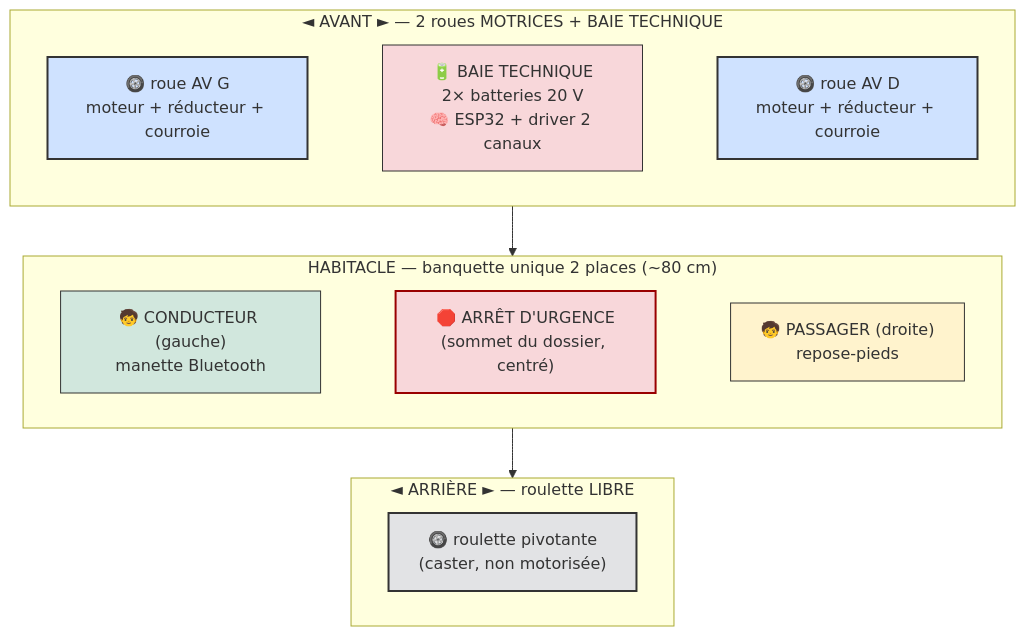
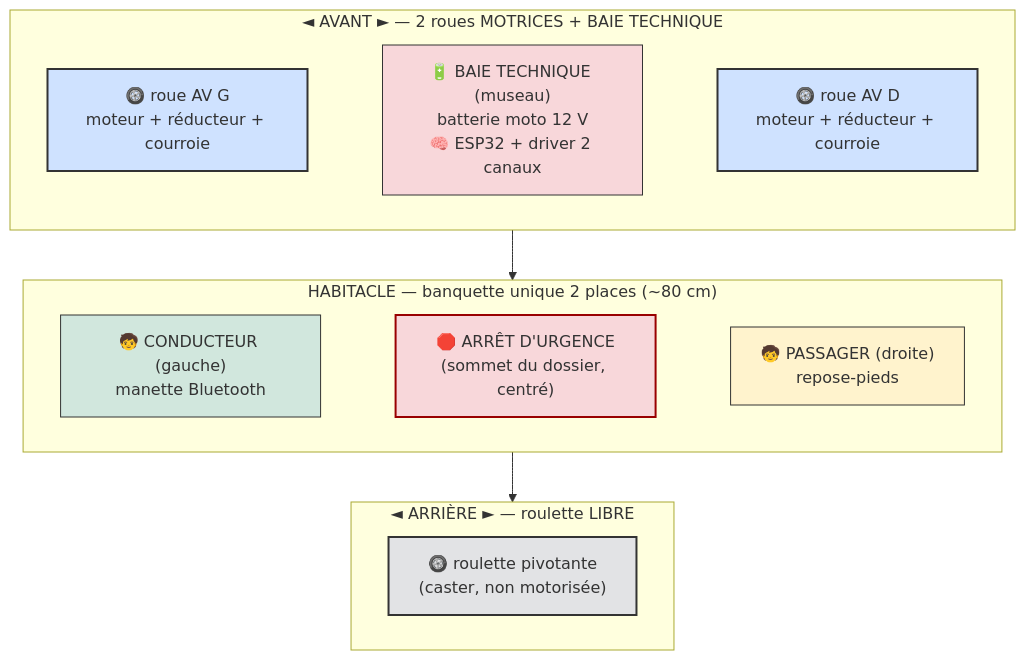
One commit to pinkymaxou/powered-soapbox-car changed the first of 10 diagrams in README.md. Above: the diagram before and after it, drawn with Mermaid. The commit also changed other lines of this file and 4 other files, not shown here.

First line of the commit message:
Essieu avant reculé (braquage court) + batterie moto 12 V dans le museau

````diff
--- a/README.md
+++ b/README.md
@@ -31,35 +31,35 @@
 ```mermaid
 flowchart TB
     subgraph AV["◄ AVANT ► — 2 roues MOTRICES + BAIE TECHNIQUE"]
         direction LR
         AVG["🛞 roue AV G<br/>moteur + réducteur + courroie"]
-        BAY["🔋 BAIE TECHNIQUE<br/>2× batteries 20 V<br/>🧠 ESP32 + driver 2 canaux"]
+        BAY["🔋 BAIE TECHNIQUE (museau)<br/>batterie moto 12 V<br/>🧠 ESP32 + driver 2 canaux"]
         AVD["🛞 roue AV D<br/>moteur + réducteur + courroie"]
         AVG ~~~ BAY ~~~ AVD
     end
     subgraph CAB["HABITACLE — banquette unique 2 places (~80 cm)"]
         direction LR
         COND["🧒 CONDUCTEUR (gauche)<br/>manette Bluetooth"]
         SEP["🛑 ARRÊT D'URGENCE<br/>(sommet du dossier, centré)"]
         PASS["🧒 PASSAGER (droite)<br/>repose-pieds"]
         COND ~~~ SEP ~~~ PASS
     end
     subgraph AR["◄ ARRIÈRE ► — roulette LIBRE"]
         direction LR
         ARC["🛞 roulette pivotante<br/>(caster, non motorisée)"]
     end
     AV --> CAB --> AR
 
     classDef wheel fill:#cfe2ff,stroke:#333,stroke-width:2px;
     classDef caster fill:#e2e3e5,stroke:#333,stroke-width:2px;
     classDef drv fill:#d1e7dd,stroke:#333;
     classDef pas fill:#fff3cd,stroke:#333;
     classDef elec fill:#f8d7da,stroke:#333;
     classDef estop fill:#f8d7da,stroke:#900,stroke-width:2px;
     class AVG,AVD wheel;
     class ARC caster;
     class COND drv;
     class PASS pas;
     class BAY elec;
     class SEP estop;
 ```
````
